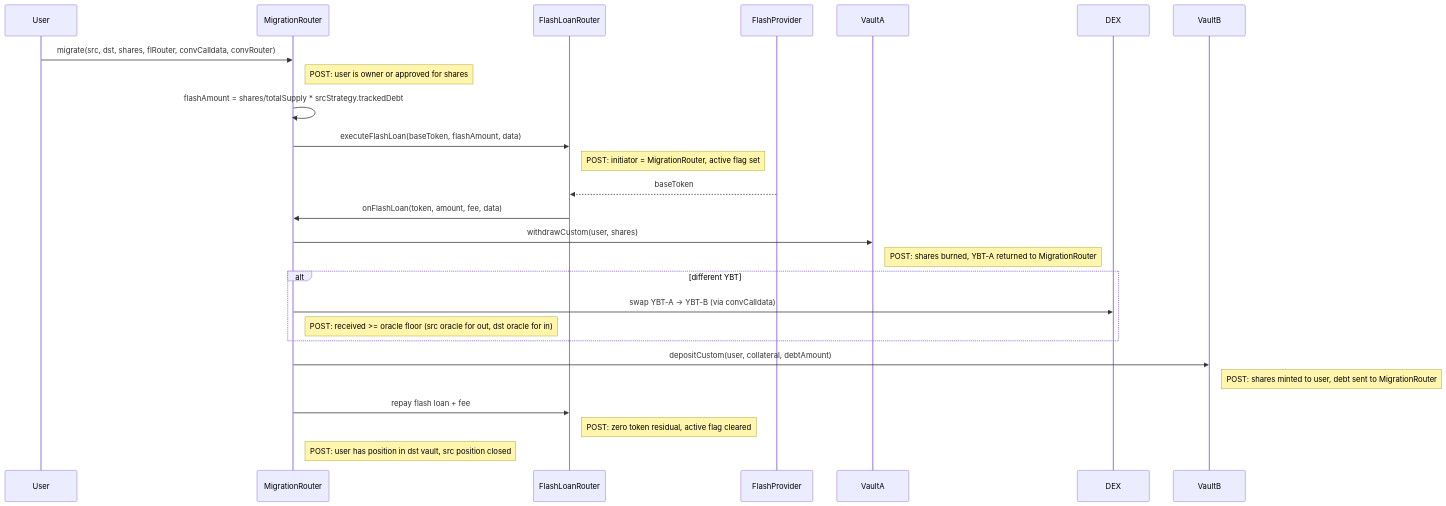
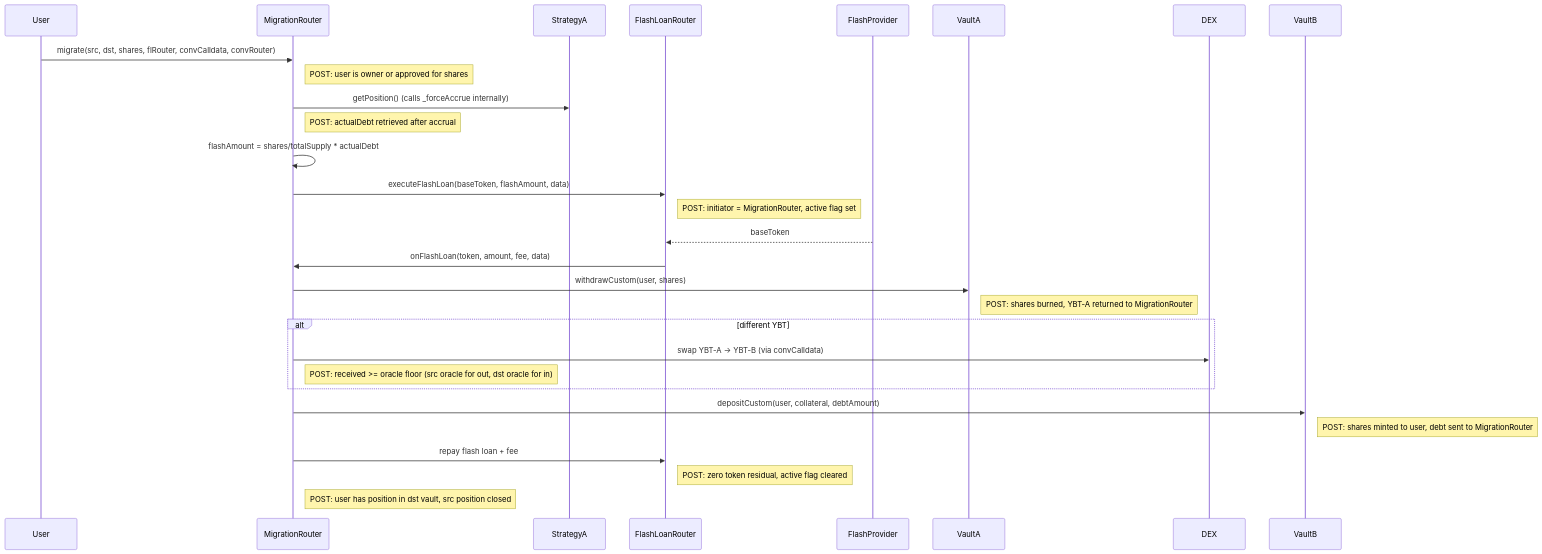
The ninth of 16 diagrams in docs/architecture/call-diagrams.md (evgenynacu/leverage-vaults), drawn with Mermaid before and after one commit. The commit also changed other lines of this file and 9 other files, not shown here.

````diff
--- a/docs/architecture/call-diagrams.md
+++ b/docs/architecture/call-diagrams.md
@@ -186,21 +179,23 @@
 ```mermaid
 sequenceDiagram
     User->>MigrationRouter: migrate(src, dst, shares, flRouter, convCalldata, convRouter)
     note right of MigrationRouter: POST: user is owner or approved for shares
-    MigrationRouter->>MigrationRouter: flashAmount = shares/totalSupply * srcStrategy.trackedDebt
+    MigrationRouter->>StrategyA: getPosition() (calls _forceAccrue internally)
+    note right of MigrationRouter: POST: actualDebt retrieved after accrual
+    MigrationRouter->>MigrationRouter: flashAmount = shares/totalSupply * actualDebt
     MigrationRouter->>FlashLoanRouter: executeFlashLoan(baseToken, flashAmount, data)
     note right of FlashLoanRouter: POST: initiator = MigrationRouter, active flag set
     FlashProvider-->>FlashLoanRouter: baseToken
     FlashLoanRouter->>MigrationRouter: onFlashLoan(token, amount, fee, data)
     MigrationRouter->>VaultA: withdrawCustom(user, shares)
     note right of VaultA: POST: shares burned, YBT-A returned to MigrationRouter
     alt different YBT
         MigrationRouter->>DEX: swap YBT-A -> YBT-B (via convCalldata)
         note right of MigrationRouter: POST: received >= oracle floor (src oracle for out, dst oracle for in)
     end
     MigrationRouter->>VaultB: depositCustom(user, collateral, debtAmount)
     note right of VaultB: POST: shares minted to user, debt sent to MigrationRouter
     MigrationRouter->>FlashLoanRouter: repay flash loan + fee
     note right of FlashLoanRouter: POST: zero token residual, active flag cleared
     note right of MigrationRouter: POST: user has position in dst vault, src position closed
 ```
````
